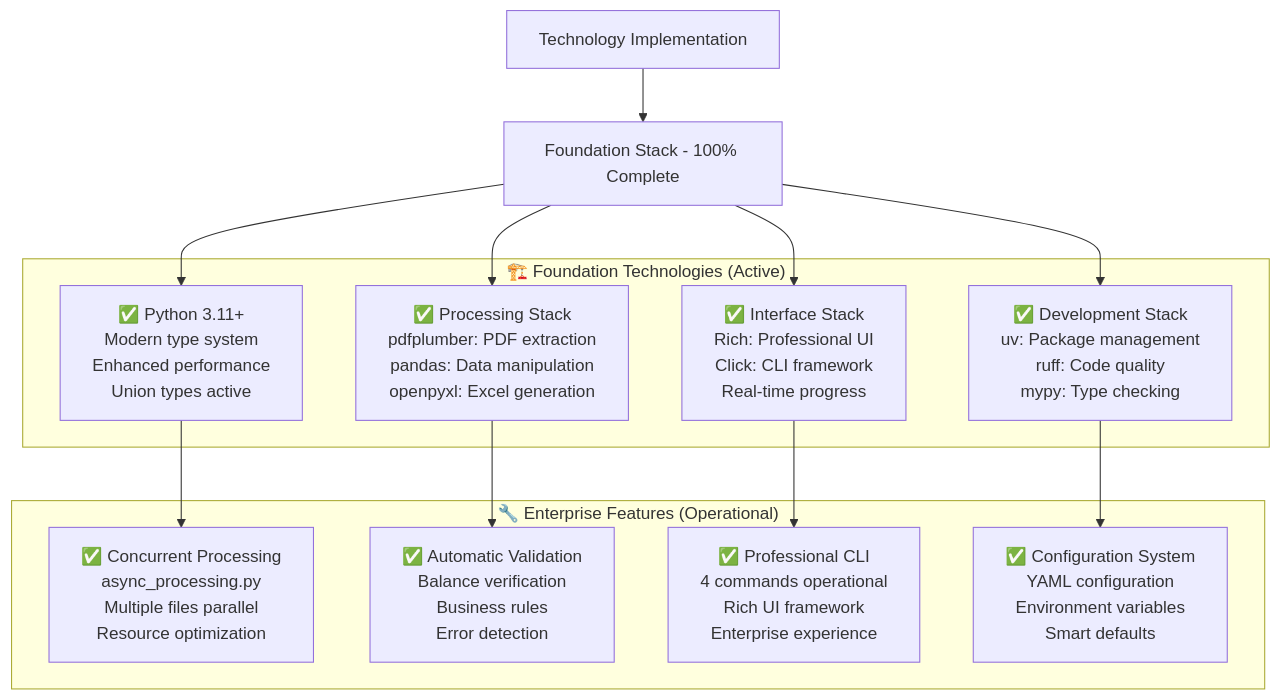
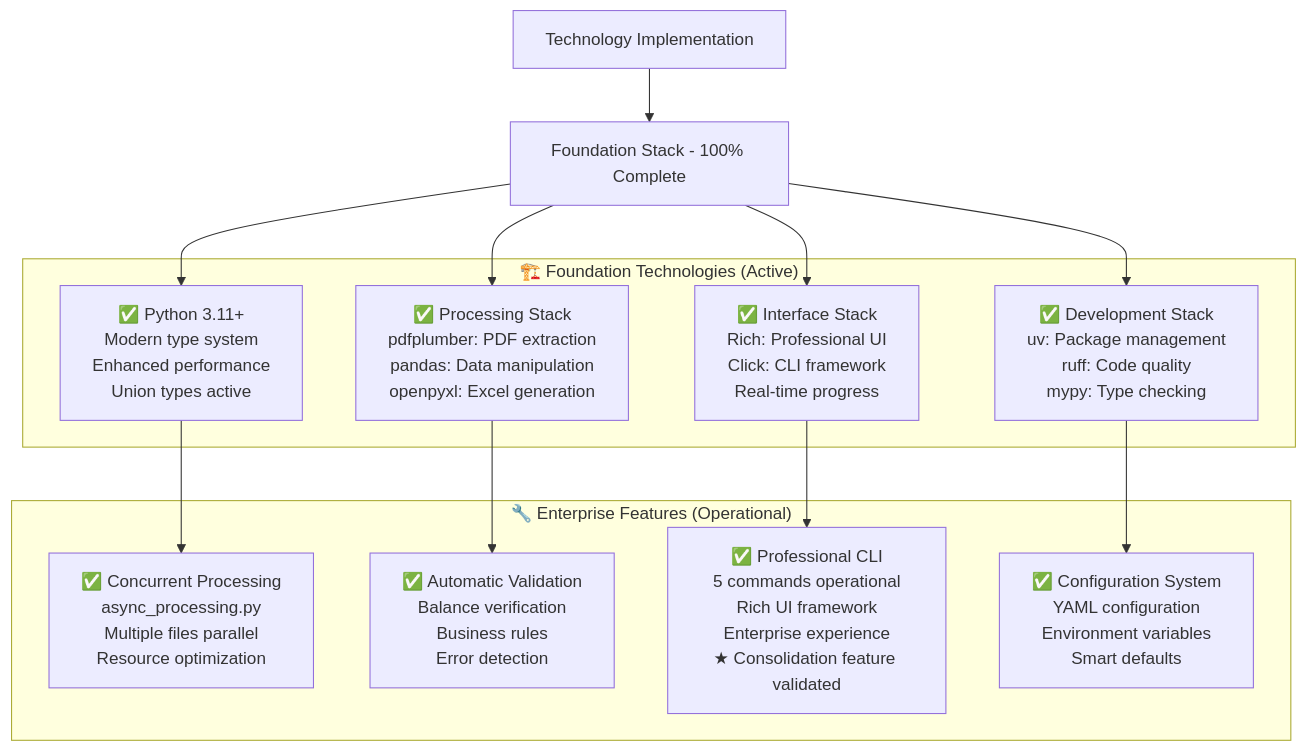
The seventh of 13 diagrams in memory-bank/progress.md (EduuardoPerez/financial-statement-processor), drawn with Mermaid before and after one commit. The commit also changed other lines of this file and 20 other files, not shown here.

Commit message:
feat: Implement consolidation feature in financial statement processor

````diff
--- a/memory-bank/progress.md
+++ b/memory-bank/progress.md
@@ -201,34 +201,34 @@
 ```mermaid
 flowchart TD
     TECH_STACK["Technology Implementation"] --> FOUNDATION["Foundation Stack - 100% Complete"]
 
     subgraph "🏗️ Foundation Technologies (Active)"
         PYTHON_COMPLETE["✅ Python 3.11+<br/>Modern type system<br/>Enhanced performance<br/>Union types active"]
 
         PROCESSING_COMPLETE["✅ Processing Stack<br/>pdfplumber: PDF extraction<br/>pandas: Data manipulation<br/>openpyxl: Excel generation"]
 
         UI_COMPLETE["✅ Interface Stack<br/>Rich: Professional UI<br/>Click: CLI framework<br/>Real-time progress"]
 
         DEV_COMPLETE["✅ Development Stack<br/>uv: Package management<br/>ruff: Code quality<br/>mypy: Type checking"]
     end
 
     subgraph "🔧 Enterprise Features (Operational)"
         CONCURRENCY_ACTIVE["✅ Concurrent Processing<br/>async_processing.py<br/>Multiple files parallel<br/>Resource optimization"]
 
         VALIDATION_ACTIVE["✅ Automatic Validation<br/>Balance verification<br/>Business rules<br/>Error detection"]
 
-        CLI_ACTIVE["✅ Professional CLI<br/>4 commands operational<br/>Rich UI framework<br/>Enterprise experience"]
+        CLI_ACTIVE["✅ Professional CLI<br/>5 commands operational<br/>Rich UI framework<br/>Enterprise experience<br/>★ Consolidation feature validated"]
 
         CONFIG_ACTIVE["✅ Configuration System<br/>YAML configuration<br/>Environment variables<br/>Smart defaults"]
     end
 
     FOUNDATION --> PYTHON_COMPLETE
     FOUNDATION --> PROCESSING_COMPLETE
     FOUNDATION --> UI_COMPLETE
     FOUNDATION --> DEV_COMPLETE
 
     PYTHON_COMPLETE --> CONCURRENCY_ACTIVE
     PROCESSING_COMPLETE --> VALIDATION_ACTIVE
     UI_COMPLETE --> CLI_ACTIVE
     DEV_COMPLETE --> CONFIG_ACTIVE
 ```
````
